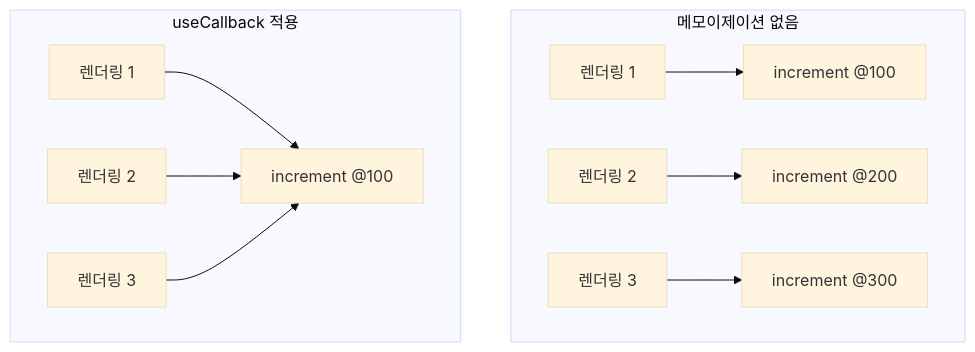
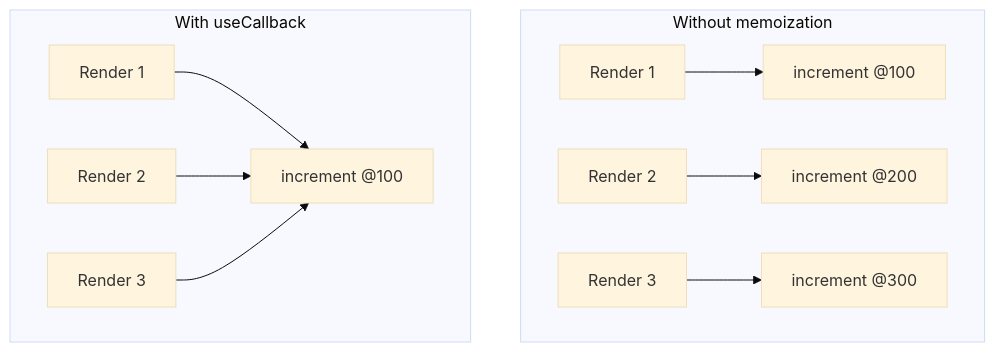
One commit to codefug/codefug.github.io changed diagram 17 of 19 in markdown/2026-01-18/en/content.mdx. Above: the diagram before and after it, drawn with Mermaid (base theme). The commit also changed other lines of this file and 1 other file, not shown here.

Commit message:
docs: useCallback 섹션 설명 보강 및 영어 번역 업데이트

````diff
--- a/markdown/2026-01-18/en/content.mdx
+++ b/markdown/2026-01-18/en/content.mdx
@@ -792,14 +1208,14 @@
 ```mermaid
 flowchart TB
-    subgraph "메모이제이션 없음"
-        A1[렌더링 1] --> B1["increment @100"]
-        A2[렌더링 2] --> B2["increment @200"]
-        A3[렌더링 3] --> B3["increment @300"]
+    subgraph "Without memoization"
+        A1[Render 1] --> B1["increment @100"]
+        A2[Render 2] --> B2["increment @200"]
+        A3[Render 3] --> B3["increment @300"]
     end
 
-    subgraph "useCallback 적용"
-        C1[렌더링 1] --> D1["increment @100"]
-        C2[렌더링 2] --> D1
-        C3[렌더링 3] --> D1
+    subgraph "With useCallback"
+        C1[Render 1] --> D1["increment @100"]
+        C2[Render 2] --> D1
+        C3[Render 3] --> D1
     end
 ```
````
